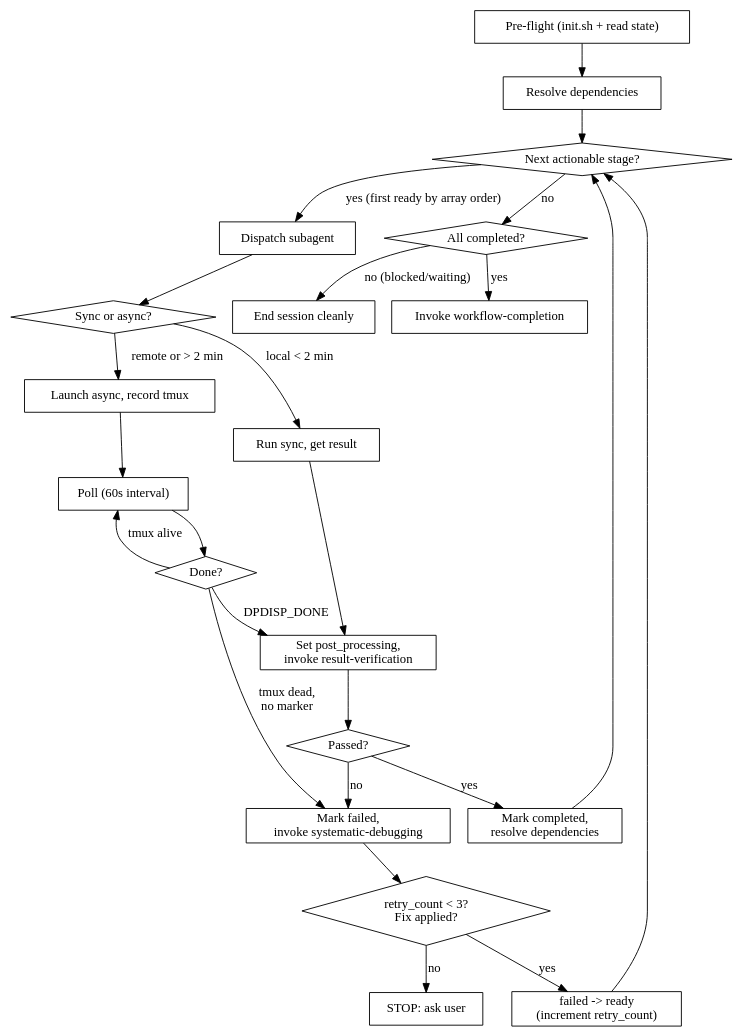
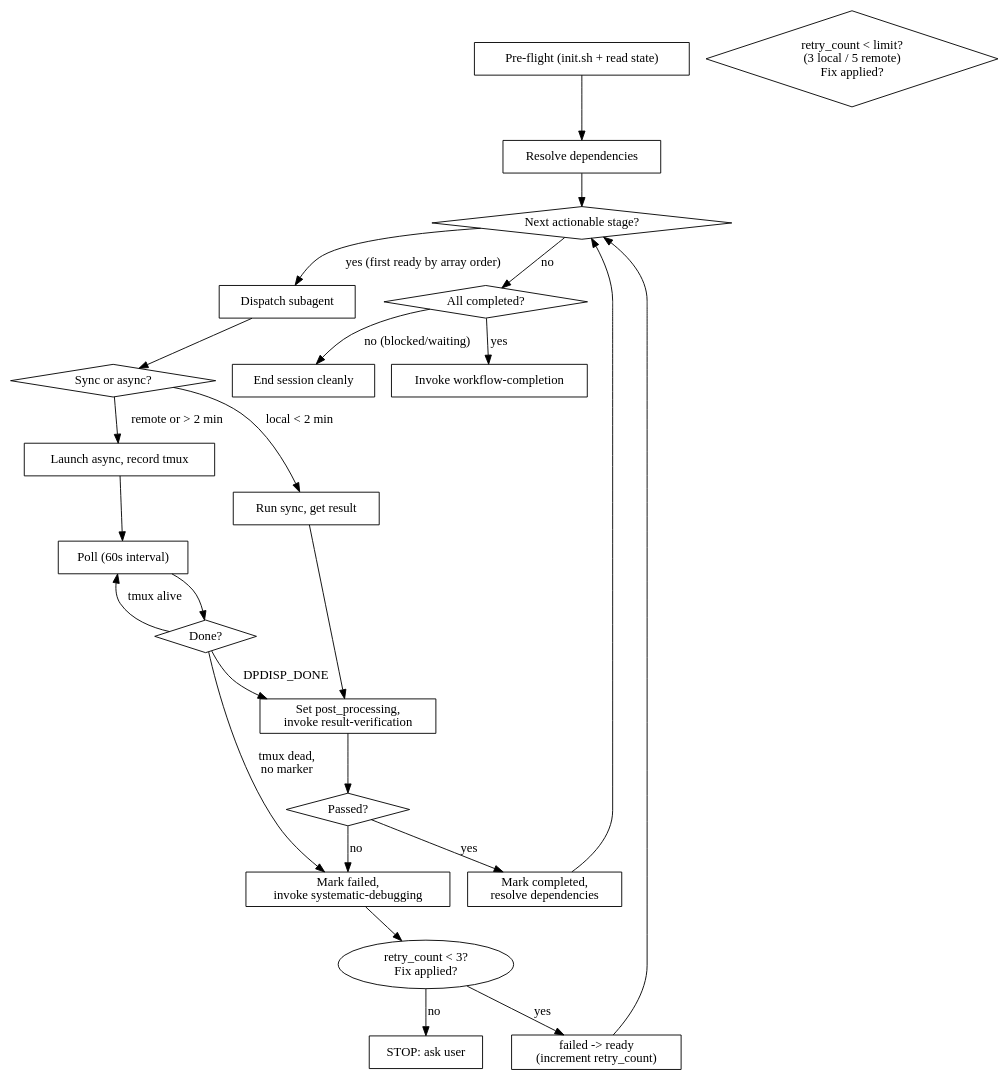
Before and after one commit to Chenghao-Wu/superscientist: the diagram in superscientist/skills/executing-workflows/SKILL.md, drawn with Graphviz. The commit also changed other lines of this file, not shown here.

Commit message:
feat(superscientist): add HPC diagnostic flow and remote retry limit to executing-workflows

````diff
--- a/superscientist/skills/executing-workflows/SKILL.md
+++ b/superscientist/skills/executing-workflows/SKILL.md
@@ -37,48 +37,48 @@
 ```dot
 digraph execution {
     rankdir=TB;
     "Pre-flight (init.sh + read state)" [shape=box];
     "Resolve dependencies" [shape=box];
     "Next actionable stage?" [shape=diamond];
     "Dispatch subagent" [shape=box];
     "Sync or async?" [shape=diamond];
     "Run sync, get result" [shape=box];
     "Launch async, record tmux" [shape=box];
     "Poll (60s interval)" [shape=box];
     "Done?" [shape=diamond];
     "Set post_processing,\ninvoke result-verification" [shape=box];
     "Passed?" [shape=diamond];
     "Mark completed,\nresolve dependencies" [shape=box];
     "Mark failed,\ninvoke systematic-debugging" [shape=box];
-    "retry_count < 3?\nFix applied?" [shape=diamond];
+    "retry_count < limit?\n(3 local / 5 remote)\nFix applied?" [shape=diamond];
     "failed -> ready\n(increment retry_count)" [shape=box];
     "STOP: ask user" [shape=box];
     "All completed?" [shape=diamond];
     "Invoke workflow-completion" [shape=box];
     "End session cleanly" [shape=box];
 
     "Pre-flight (init.sh + read state)" -> "Resolve dependencies";
     "Resolve dependencies" -> "Next actionable stage?";
     "Next actionable stage?" -> "Dispatch subagent" [label="yes (first ready by array order)"];
     "Next actionable stage?" -> "All completed?" [label="no"];
     "Dispatch subagent" -> "Sync or async?";
     "Sync or async?" -> "Run sync, get result" [label="local < 2 min"];
     "Sync or async?" -> "Launch async, record tmux" [label="remote or > 2 min"];
     "Run sync, get result" -> "Set post_processing,\ninvoke result-verification";
     "Launch async, record tmux" -> "Poll (60s interval)";
     "Poll (60s interval)" -> "Done?";
     "Done?" -> "Set post_processing,\ninvoke result-verification" [label="DPDISP_DONE"];
     "Done?" -> "Poll (60s interval)" [label="tmux alive"];
     "Done?" -> "Mark failed,\ninvoke systematic-debugging" [label="tmux dead,\nno marker"];
     "Set post_processing,\ninvoke result-verification" -> "Passed?";
     "Passed?" -> "Mark completed,\nresolve dependencies" [label="yes"];
     "Passed?" -> "Mark failed,\ninvoke systematic-debugging" [label="no"];
     "Mark completed,\nresolve dependencies" -> "Next actionable stage?";
     "Mark failed,\ninvoke systematic-debugging" -> "retry_count < 3?\nFix applied?";
     "retry_count < 3?\nFix applied?" -> "failed -> ready\n(increment retry_count)" [label="yes"];
     "retry_count < 3?\nFix applied?" -> "STOP: ask user" [label="no"];
     "failed -> ready\n(increment retry_count)" -> "Next actionable stage?";
     "All completed?" -> "Invoke workflow-completion" [label="yes"];
     "All completed?" -> "End session cleanly" [label="no (blocked/waiting)"];
 }
 ```
````
